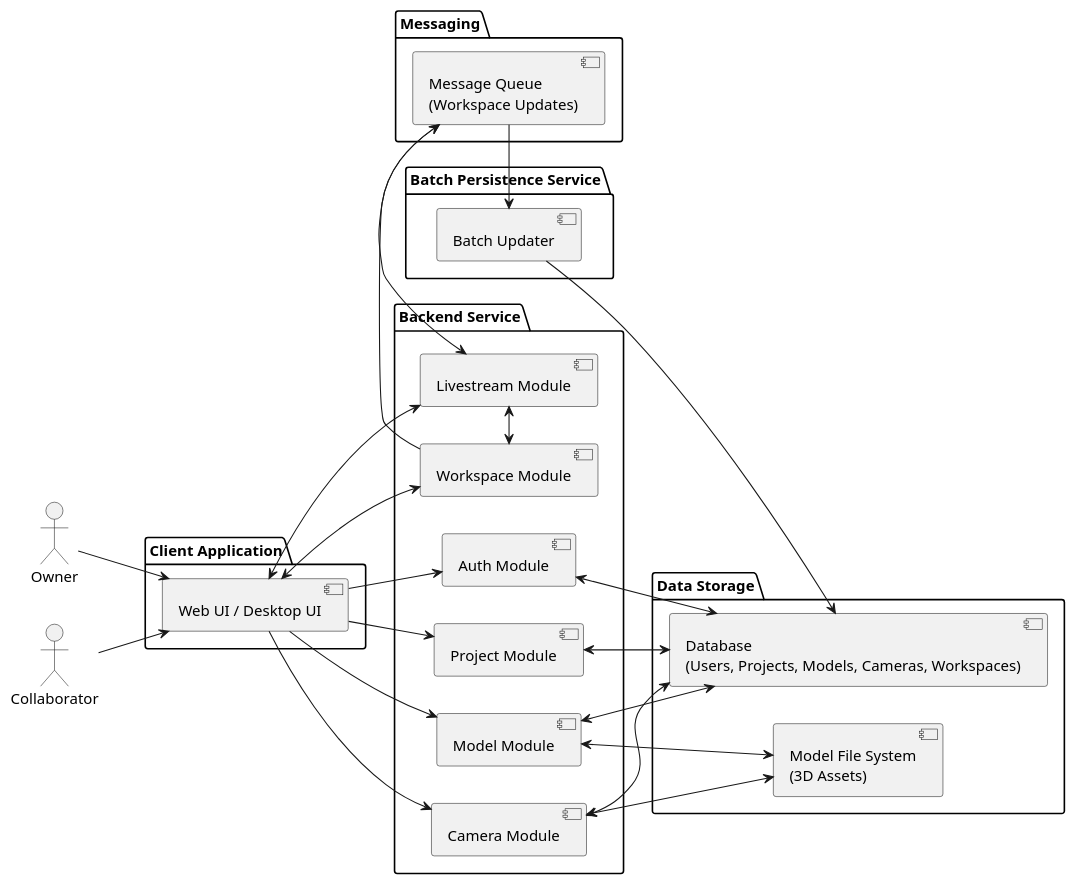
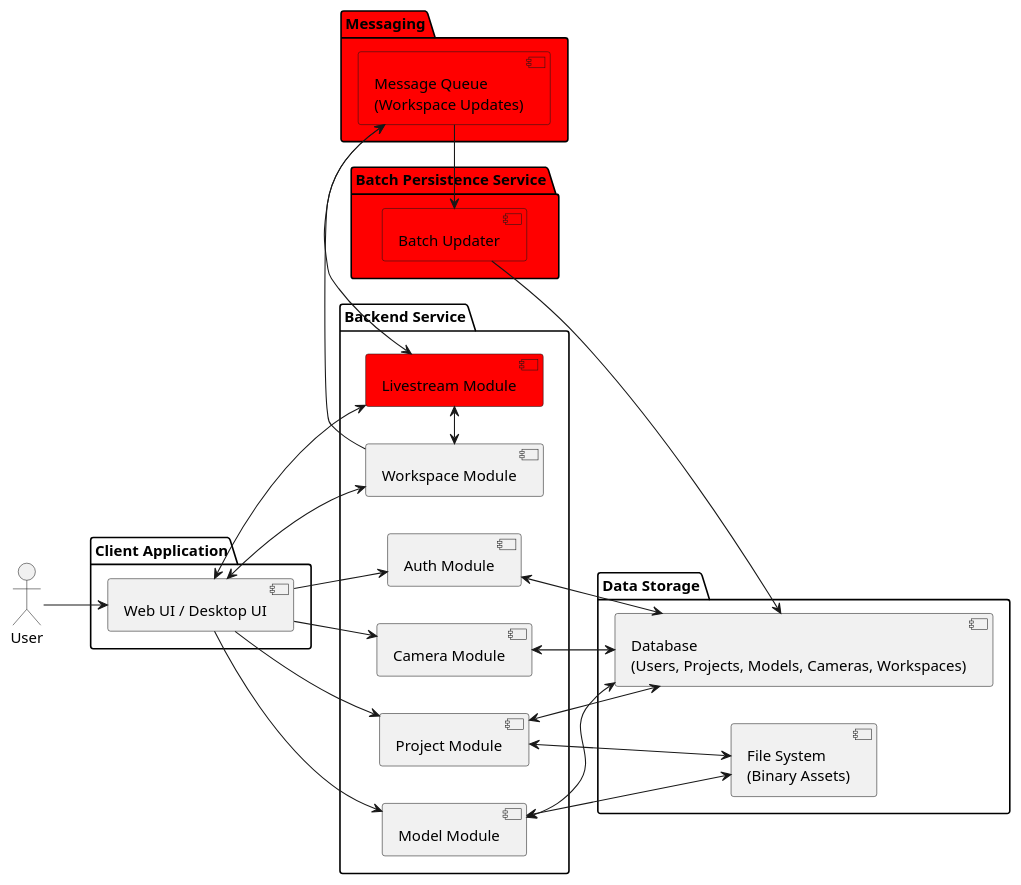
The diagram in docs/diagrams/system_architecture.puml (Ministry-of-Learning-of-Jura-Kites/OmniCam), drawn with PlantUML before and after one commit. The commit also changed 5 other files, not shown here.

Commit message:
update diagrams

```diff
--- a/docs/diagrams/system_architecture.puml
+++ b/docs/diagrams/system_architecture.puml
@@ -1,62 +1,60 @@
-@startuml system architecture diagram
+@startuml OmniCam System Architecture Diagram
 left to right direction
 
-actor Owner
-actor Collaborator as User
+actor User
 
 package "Client Application" {
   [Web UI / Desktop UI] as UI
 }
 
 package "Backend Service" {
   [Auth Module] as Auth
   [Model Module] as Model
   [Project Module] as Project
   together {
     [Workspace Module] as Workspace
-    [Livestream Module] as Livestream
+    [Livestream Module] as Livestream #red
   }
   [Camera Module] as Camera
 }
 
-package "Batch Persistence Service"{
-  [Batch Updater] as BatchUpdater
+package "Batch Persistence Service"  #red {
+  [Batch Updater] as BatchUpdater  #red
 }
 
 package "Data Storage" {
   [Database\n(Users, Projects, Models, Cameras, Workspaces)] as DB
-  [Model File System\n(3D Assets)] as Repo
+  [File System\n(Binary Assets)] as Repo
 }
 
-package "Messaging" {
-  [Message Queue\n(Workspace Updates)] as MessageQueue
+package "Messaging" #red {
+  [Message Queue\n(Workspace Updates)] as MessageQueue  #red
 }
 
 ' Actors interact with UI
-Owner --> UI
 User --> UI
 
 ' Client calls backend
 UI <--> Workspace
 UI <-> Livestream
 UI --> Auth
 UI --> Project
 UI --> Model
 UI --> Camera
 
 ' Workspace Livestream
 Workspace <-> Livestream
 BatchUpdater <- MessageQueue
 BatchUpdater -down-> DB
 
 ' Backend to storage
 Auth <-> DB
 Project <-> DB
+Project <-> Repo
 Model <-> DB
 Model <-> Repo
 Workspace -> MessageQueue
 Livestream <-> MessageQueue
 Camera <--> DB
-Camera <--> Repo
 
 @enduml
```
